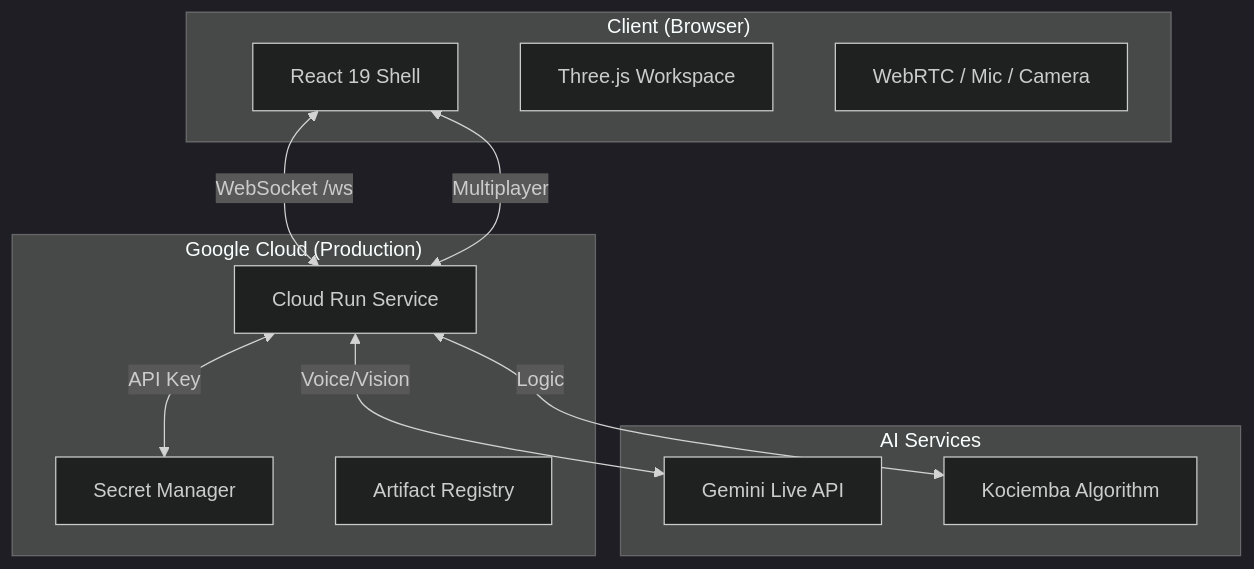
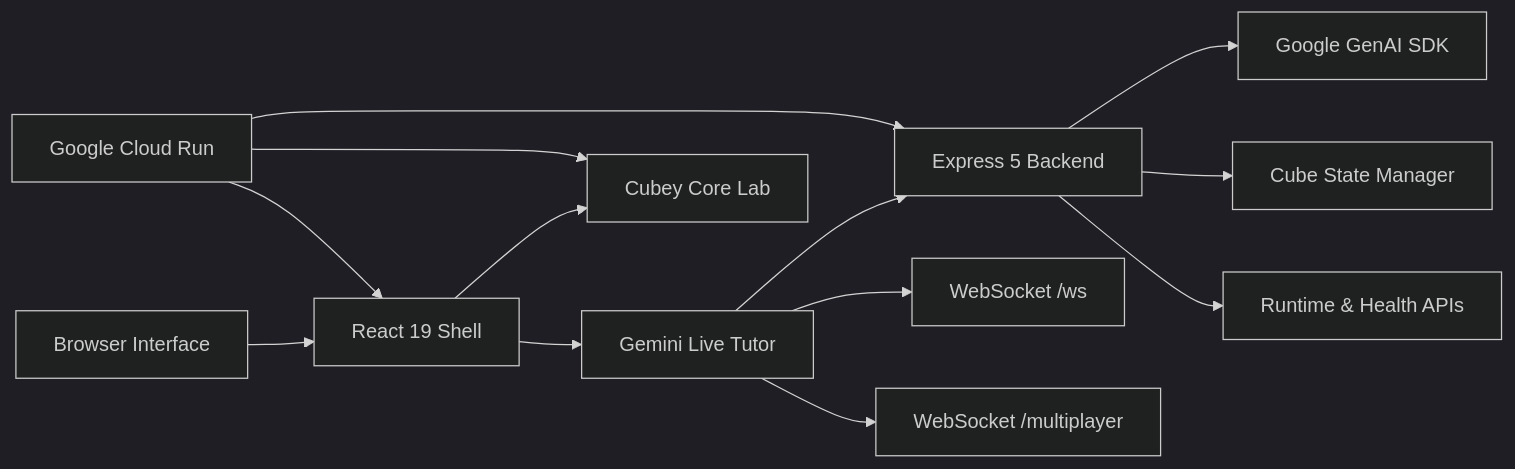
Before and after one commit to mangeshraut712/ai-rubiks-cube: the diagram in README.md, drawn with Mermaid (dark theme). The commit also changed other lines of this file and 5 other files, not shown here.

````diff
--- a/README.md
+++ b/README.md
@@ -64,25 +75,15 @@
 ```mermaid
-flowchart TD
-    subgraph Client ["Client (Browser)"]
-        A[React 19 Shell]
-        B[Three.js Workspace]
-        C[WebRTC / Mic / Camera]
-    end
-
-    subgraph GCP ["Google Cloud (Production)"]
-        D[Cloud Run Service]
-        E[Secret Manager]
-        F[Artifact Registry]
-    end
-
-    subgraph AI ["AI Services"]
-        G[Gemini Live API]
-        H[Kociemba Algorithm]
-    end
-
-    A <-->|WebSocket /ws| D
-    A <-->|Multiplayer| D
-    D <-->|API Key| E
-    D <-->|Voice/Vision| G
-    D <-->|Logic| H
+flowchart LR
+  A[Browser Interface] --> B[React 19 Shell]
+  B --> C[Gemini Live Tutor]
+  B --> D[Cubey Core Lab]
+  C --> E[Express 5 Backend]
+  C --> F[WebSocket /ws]
+  C --> G[WebSocket /multiplayer]
+  E --> H[Google GenAI SDK]
+  E --> I[Cube State Manager]
+  E --> J[Runtime & Health APIs]
+  K[Google Cloud Run] --> E
+  K --> B
+  K --> D
 ```
````
